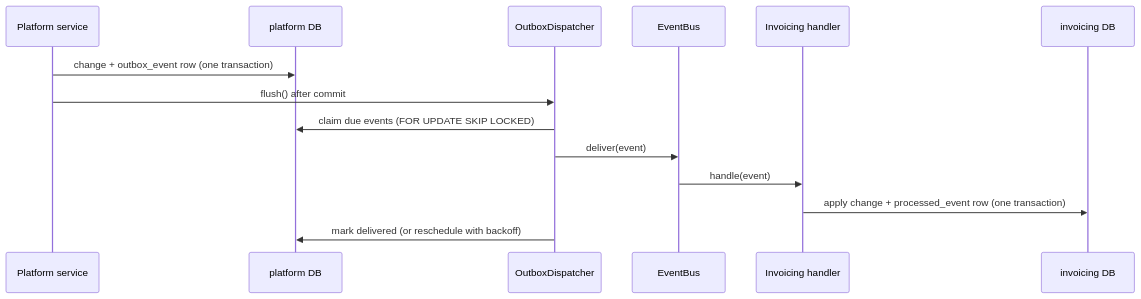
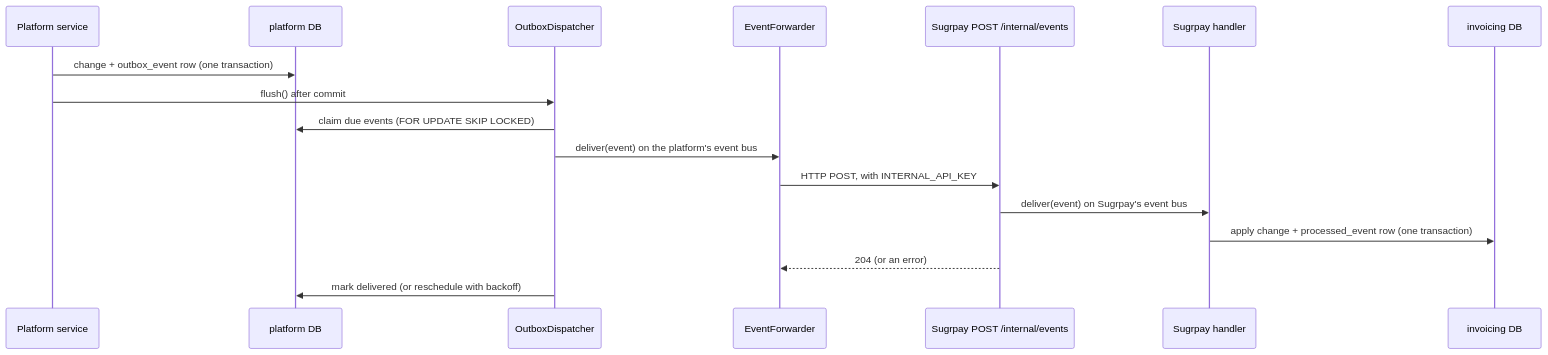
One commit to primeshelfspace/platform changed the diagram in docs/architecture/events.md. Above: the diagram before and after it, drawn with Mermaid. The commit also changed other lines of this file and 35 other files, not shown here.

````diff
--- a/docs/architecture/events.md
+++ b/docs/architecture/events.md
@@ -8,17 +9,20 @@
 ```mermaid
 sequenceDiagram
   participant S as Platform service
   participant PDB as platform DB
   participant D as OutboxDispatcher
-  participant B as EventBus
-  participant H as Invoicing handler
+  participant F as EventForwarder
+  participant R as Sugrpay POST /internal/events
+  participant H as Sugrpay handler
   participant IDB as invoicing DB
 
   S->>PDB: change + outbox_event row (one transaction)
   S->>D: flush() after commit
   D->>PDB: claim due events (FOR UPDATE SKIP LOCKED)
-  D->>B: deliver(event)
-  B->>H: handle(event)
+  D->>F: deliver(event) on the platform's event bus
+  F->>R: HTTP POST, with INTERNAL_API_KEY
+  R->>H: deliver(event) on Sugrpay's event bus
   H->>IDB: apply change + processed_event row (one transaction)
+  R-->>F: 204 (or an error)
   D->>PDB: mark delivered (or reschedule with backoff)
 ```
````
